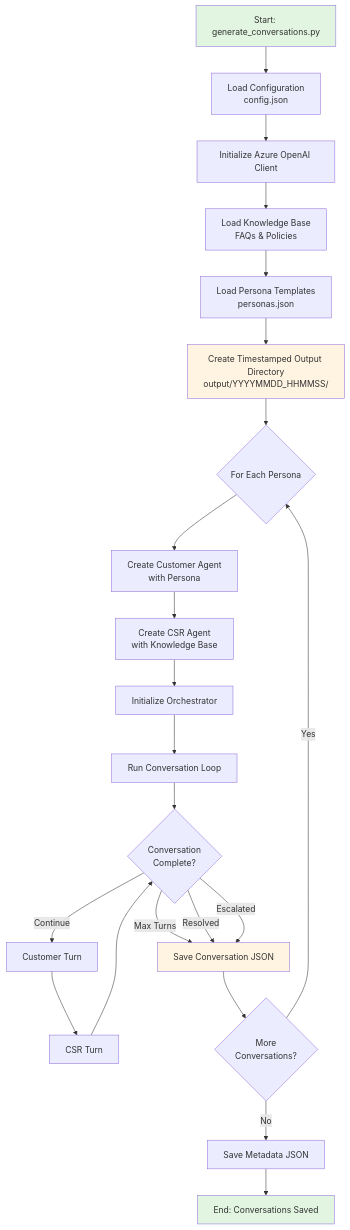
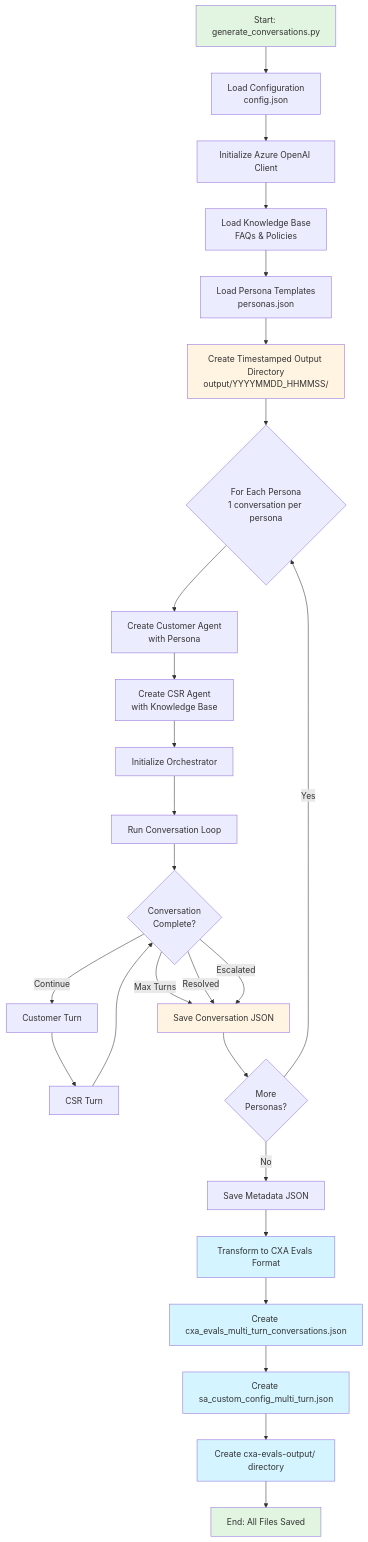
One commit to taponidhi-ms/simulation-agent-evals changed the diagram in conversation_generator/README.md. Above: the diagram before and after it, drawn with Mermaid. The commit also changed other lines of this file and 19 other files, not shown here.

First line of the commit message:
Streamline conversation generation to 1-per-persona and fully integrate CXA Evals with persona evaluation (#30)

````diff
--- a/conversation_generator/README.md
+++ b/conversation_generator/README.md
@@ -7,29 +7,37 @@
 ```mermaid
 flowchart TD
     A[Start: generate_conversations.py] --> B[Load Configuration<br/>config.json]
     B --> C[Initialize Azure OpenAI Client]
     C --> D[Load Knowledge Base<br/>FAQs & Policies]
     D --> E[Load Persona Templates<br/>personas.json]
     E --> F[Create Timestamped Output Directory<br/>output/YYYYMMDD_HHMMSS/]
-    F --> G{For Each Persona}
+    F --> G{For Each Persona<br/>1 conversation per persona}
     G --> H[Create Customer Agent<br/>with Persona]
     H --> I[Create CSR Agent<br/>with Knowledge Base]
     I --> J[Initialize Orchestrator]
     J --> K[Run Conversation Loop]
     K --> L{Conversation<br/>Complete?}
     L -->|Max Turns| M[Save Conversation JSON]
     L -->|Resolved| M
     L -->|Escalated| M
     L -->|Continue| N[Customer Turn]
     N --> O[CSR Turn]
     O --> L
-    M --> P{More<br/>Conversations?}
+    M --> P{More<br/>Personas?}
     P -->|Yes| G
     P -->|No| Q[Save Metadata JSON]
-    Q --> R[End: Conversations Saved]
+    Q --> R[Transform to CXA Evals Format]
+    R --> S[Create cxa_evals_multi_turn_conversations.json]
+    S --> T[Create sa_custom_config_multi_turn.json]
+    T --> U[Create cxa-evals-output/ directory]
+    U --> V[End: All Files Saved]
     
     style A fill:#e1f5e1
-    style R fill:#e1f5e1
+    style V fill:#e1f5e1
     style F fill:#fff4e1
     style M fill:#fff4e1
+    style R fill:#d4f4ff
+    style S fill:#d4f4ff
+    style T fill:#d4f4ff
+    style U fill:#d4f4ff
 ```
````
